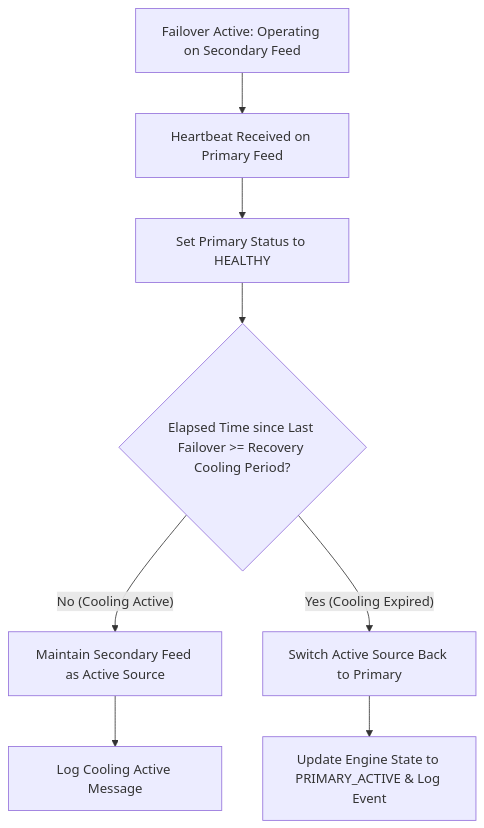
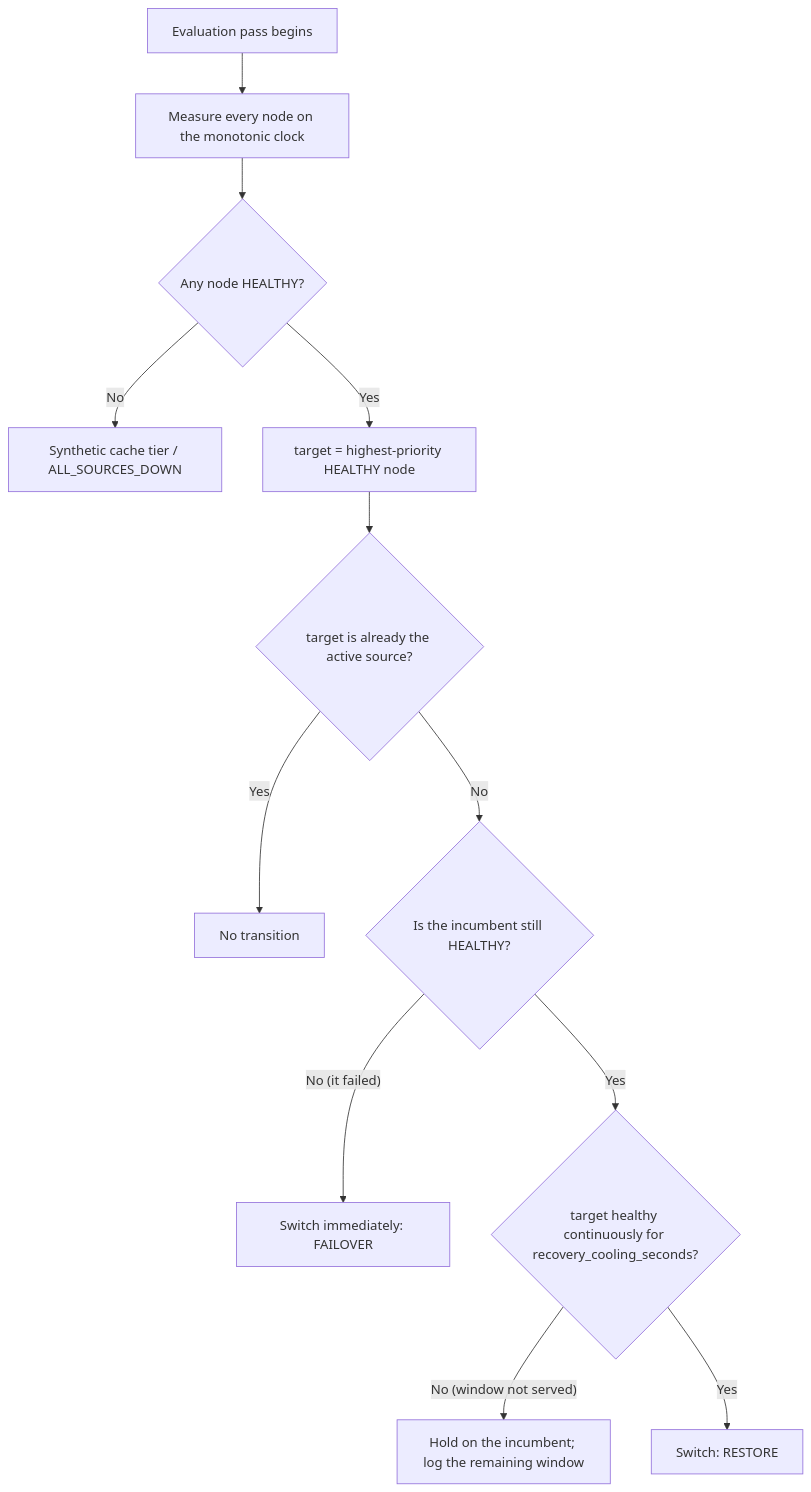
The third of 3 diagrams in skills/vendor-outage-fallback-data-source-hierarchy/references/workflows.md (HimanshuJ16/Algo-Trading-Skills), drawn with Mermaid before and after one commit. The commit also changed other lines of this file and 443 other files, not shown here.

````diff
--- a/skills/vendor-outage-fallback-data-source-hierarchy/references/workflows.md
+++ b/skills/vendor-outage-fallback-data-source-hierarchy/references/workflows.md
@@ -38,13 +77,14 @@
 ```mermaid
 flowchart TD
-    A[Failover Active: Operating on Secondary Feed] --> B[Heartbeat Received on Primary Feed]
-    
-    B --> C[Set Primary Status to HEALTHY]
-    C --> D{Elapsed Time since Last Failover >= Recovery Cooling Period?}
-    
-    D -- No (Cooling Active) --> E[Maintain Secondary Feed as Active Source]
-    E --> F[Log Cooling Active Message]
-    
-    D -- Yes (Cooling Expired) --> G[Switch Active Source Back to Primary]
-    G --> H[Update Engine State to PRIMARY_ACTIVE & Log Event]
+    A[Evaluation pass begins] --> B[Measure every node on the monotonic clock]
+    B --> C{Any node HEALTHY?}
+    C -- No --> D[Synthetic cache tier / ALL_SOURCES_DOWN]
+    C -- Yes --> E[target = highest-priority HEALTHY node]
+    E --> F{target is already the active source?}
+    F -- Yes --> G[No transition]
+    F -- No --> H{Is the incumbent still HEALTHY?}
+    H -- "No (it failed)" --> I[Switch immediately: FAILOVER]
+    H -- Yes --> J{"target healthy continuously for recovery_cooling_seconds?"}
+    J -- "No (window not served)" --> K[Hold on the incumbent; log the remaining window]
+    J -- Yes --> L[Switch: RESTORE]
 ```
````
